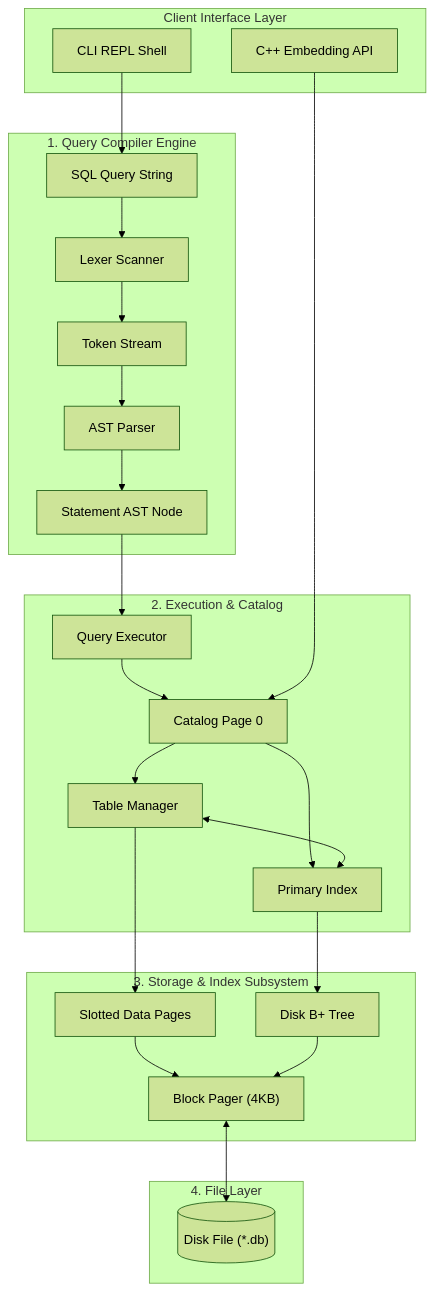
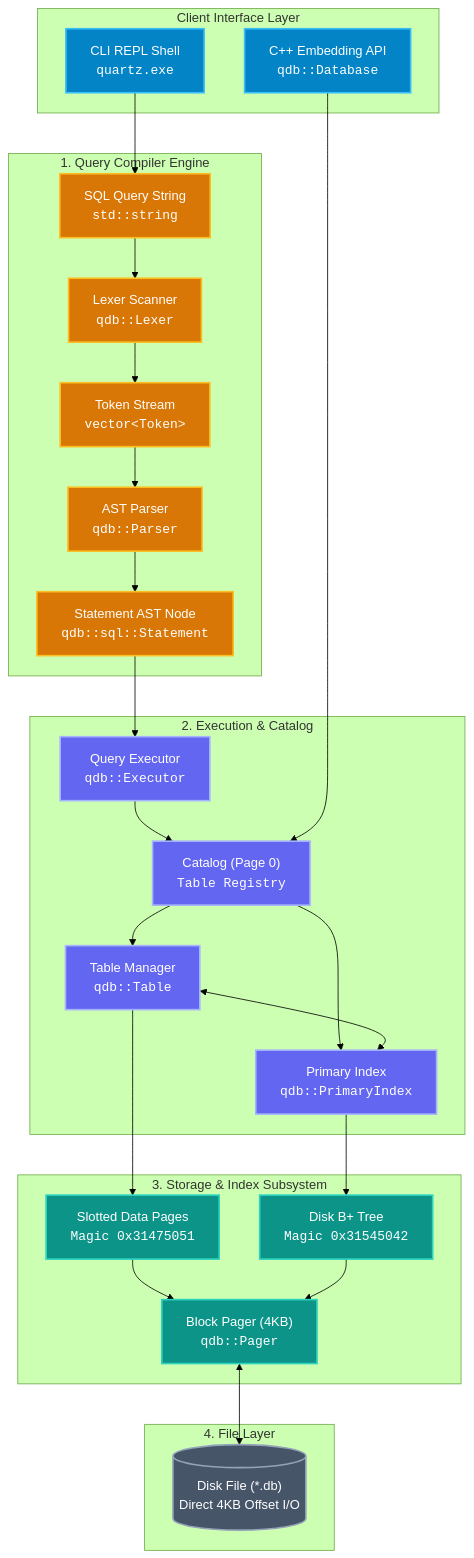
One commit to KAAZamapiloT/QUARTZ_DB changed the first of 2 diagrams in docs/architecture/overview.md. Above: the diagram before and after it, drawn with Mermaid (forest theme). The commit also changed 9 other files, not shown here.

````diff
--- a/docs/architecture/overview.md
+++ b/docs/architecture/overview.md
@@ -16,52 +16,59 @@
 ```mermaid
-graph TB
+flowchart TB
+    %% Multi-Layer Architectural Subsystem Classes
+    classDef cClient fill:#0284c7,stroke:#38bdf8,stroke-width:2px,color:#ffffff;
+    classDef cCompiler fill:#d97706,stroke:#fbbf24,stroke-width:2px,color:#ffffff;
+    classDef cExec fill:#6366f1,stroke:#a5b4fc,stroke-width:2px,color:#ffffff;
+    classDef cStorage fill:#0d9488,stroke:#2dd4bf,stroke-width:2px,color:#ffffff;
+    classDef cDisk fill:#475569,stroke:#94a3b8,stroke-width:2px,color:#ffffff;
+
     subgraph Client ["Client Interface Layer"]
-        CLI["CLI REPL Shell"]
-        CPP["C++ Embedding API"]
+        CLI["CLI REPL Shell<br><code>quartz.exe</code>"]:::cClient
+        CPP["C++ Embedding API<br><code>qdb::Database</code>"]:::cClient
     end
 
     subgraph Compiler ["1. Query Compiler Engine"]
-        SQL["SQL Query String"]
-        LEX["Lexer Scanner"]
-        TOK["Token Stream"]
-        PARSE["AST Parser"]
-        AST["Statement AST Node"]
+        SQL["SQL Query String<br><code>std::string</code>"]:::cCompiler
+        LEX["Lexer Scanner<br><code>qdb::Lexer</code>"]:::cCompiler
+        TOK["Token Stream<br><code>vector&lt;Token&gt;</code>"]:::cCompiler
+        PARSE["AST Parser<br><code>qdb::Parser</code>"]:::cCompiler
+        AST["Statement AST Node<br><code>qdb::sql::Statement</code>"]:::cCompiler
         
         SQL --> LEX
         LEX --> TOK
         TOK --> PARSE
         PARSE --> AST
     end
 
     subgraph Runtime ["2. Execution & Catalog"]
-        EXEC["Query Executor"]
-        CATALOG["Catalog Page 0"]
-        TABLE["Table Manager"]
-        INDEX["Primary Index"]
+        EXEC["Query Executor<br><code>qdb::Executor</code>"]:::cExec
+        CATALOG["Catalog (Page 0)<br><code>Table Registry</code>"]:::cExec
+        TABLE["Table Manager<br><code>qdb::Table</code>"]:::cExec
+        INDEX["Primary Index<br><code>qdb::PrimaryIndex</code>"]:::cExec
         
         AST --> EXEC
         EXEC --> CATALOG
         CATALOG --> TABLE
         CATALOG --> INDEX
         TABLE <--> INDEX
     end
 
     subgraph Storage ["3. Storage & Index Subsystem"]
-        SLOT["Slotted Data Pages"]
-        BPT["Disk B+ Tree"]
-        PAGER["Block Pager (4KB)"]
+        SLOT["Slotted Data Pages<br><code>Magic 0x31475051</code>"]:::cStorage
+        BPT["Disk B+ Tree<br><code>Magic 0x31545042</code>"]:::cStorage
+        PAGER["Block Pager (4KB)<br><code>qdb::Pager</code>"]:::cStorage
         
         TABLE --> SLOT
         INDEX --> BPT
         SLOT --> PAGER
         BPT --> PAGER
     end
 
     subgraph DiskLayer ["4. File Layer"]
-        DISK[("Disk File (*.db)")]
+        DISK[("Disk File (*.db)<br>Direct 4KB Offset I/O")]:::cDisk
         PAGER <--> DISK
     end
 
     CLI --> SQL
     CPP --> CATALOG
 ```
````
